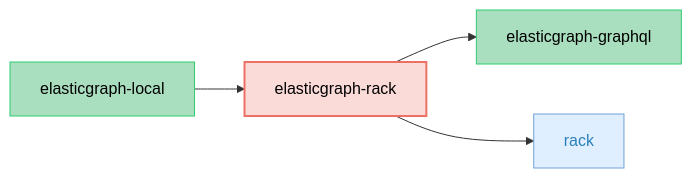
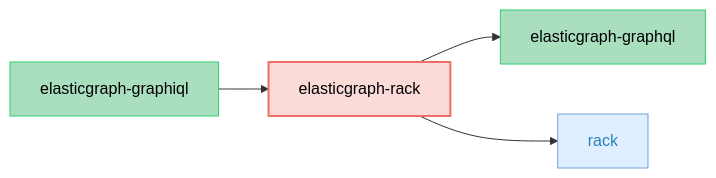
One commit to ciaran51/elasticgraph changed the diagram in elasticgraph-rack/README.md. Above: the diagram before and after it, drawn with Mermaid. The commit also changed other lines of this file and 36 other files, not shown here.

First line of the commit message:
Provide fully bundled GraphiQL UI from a new elasticgraph-graphiql gem. (#634)

````diff
--- a/elasticgraph-rack/README.md
+++ b/elasticgraph-rack/README.md
@@ -10,18 +10,18 @@
 ```mermaid
 graph LR;
     classDef targetGemStyle fill:#FADBD8,stroke:#EC7063,color:#000,stroke-width:2px;
     classDef otherEgGemStyle fill:#A9DFBF,stroke:#2ECC71,color:#000;
     classDef externalGemStyle fill:#E0EFFF,stroke:#70A1D7,color:#2980B9;
     elasticgraph-rack["elasticgraph-rack"];
     class elasticgraph-rack targetGemStyle;
     elasticgraph-graphql["elasticgraph-graphql"];
     elasticgraph-rack --> elasticgraph-graphql;
     class elasticgraph-graphql otherEgGemStyle;
     rack["rack"];
     elasticgraph-rack --> rack;
     class rack externalGemStyle;
-    elasticgraph-local["elasticgraph-local"];
-    elasticgraph-local --> elasticgraph-rack;
-    class elasticgraph-local otherEgGemStyle;
+    elasticgraph-graphiql["elasticgraph-graphiql"];
+    elasticgraph-graphiql --> elasticgraph-rack;
+    class elasticgraph-graphiql otherEgGemStyle;
     click rack href "https://rubygems.org/gems/rack" "Open on RubyGems.org" _blank;
 ```
````
